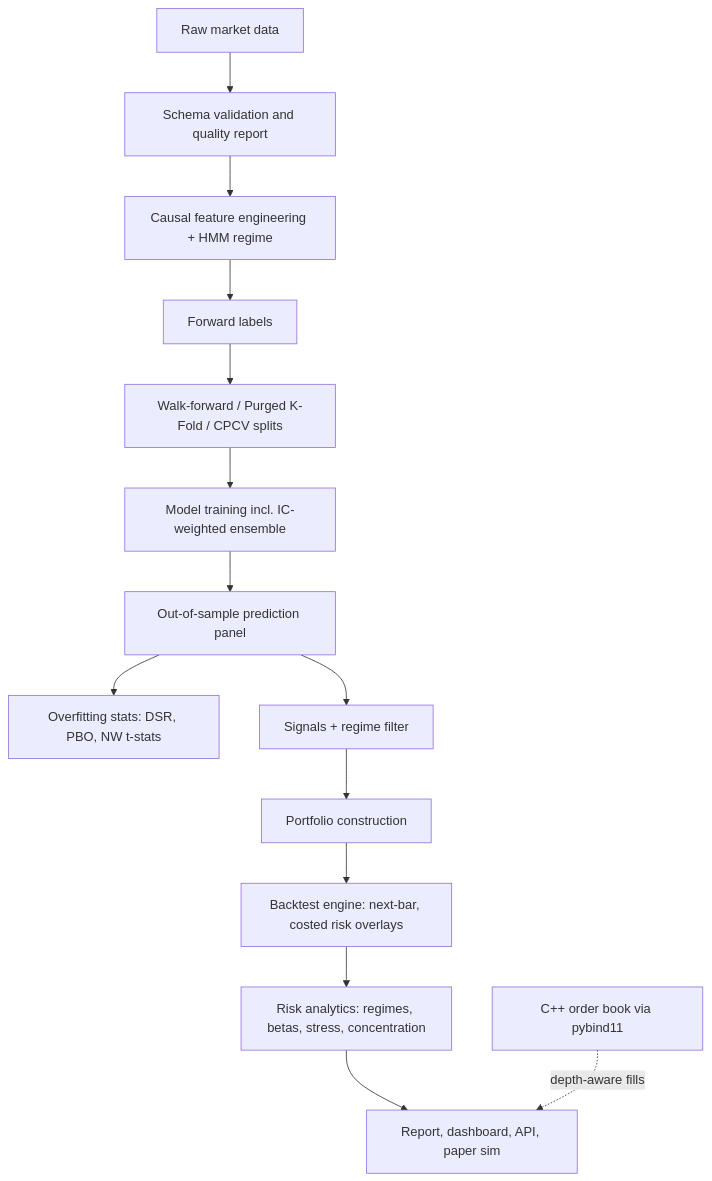
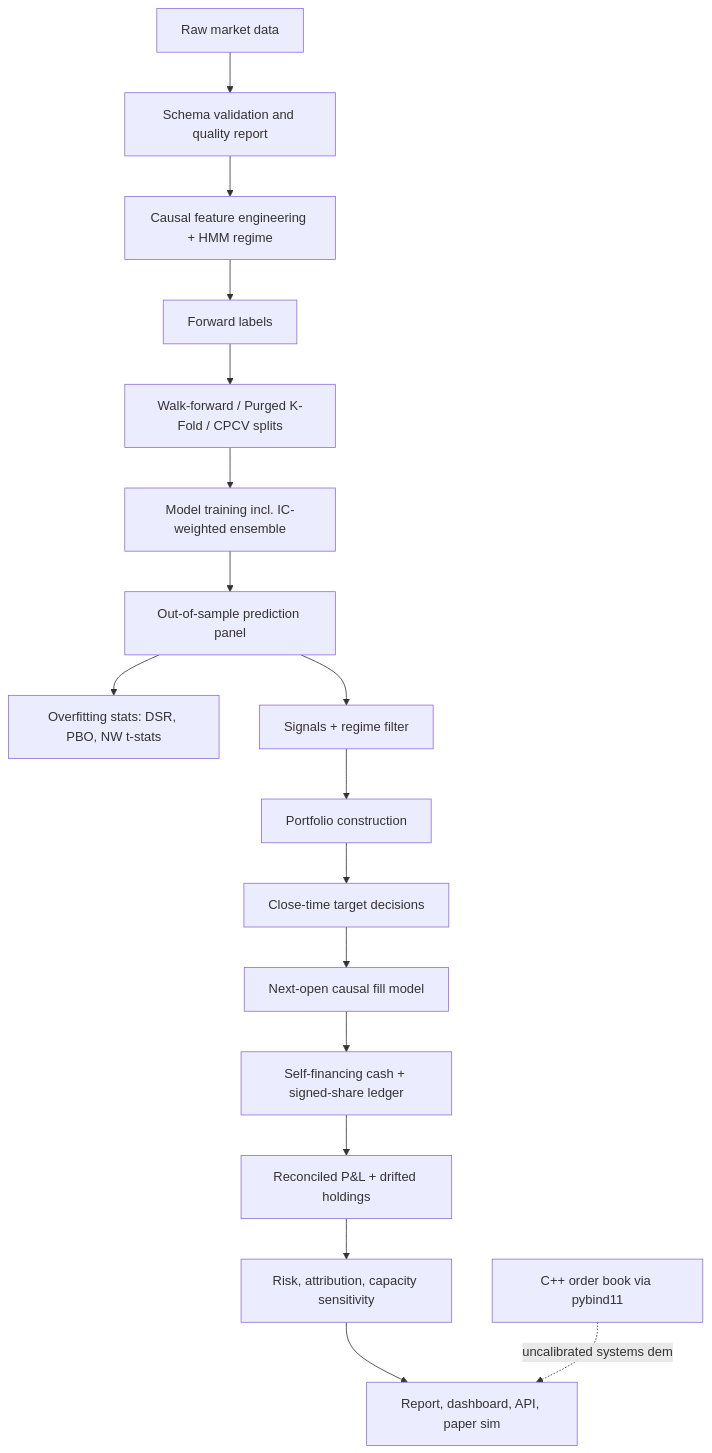
Before and after one commit to srgangaram-swe/AlphaForge: the diagram in docs/architecture.md, drawn with Mermaid. The commit also changed other lines of this file and 51 other files, not shown here.

First line of the commit message:
Build self-financing temporal backtest engine

````diff
--- a/docs/architecture.md
+++ b/docs/architecture.md
@@ -5,16 +5,19 @@
 ```mermaid
 flowchart TD
     raw[Raw market data] --> validate[Schema validation and quality report]
     validate --> features[Causal feature engineering + HMM regime]
     features --> labels[Forward labels]
     labels --> splits[Walk-forward / Purged K-Fold / CPCV splits]
     splits --> models[Model training incl. IC-weighted ensemble]
     models --> preds[Out-of-sample prediction panel]
     preds --> overfit[Overfitting stats: DSR, PBO, NW t-stats]
     preds --> signals[Signals + regime filter]
     signals --> portfolio[Portfolio construction]
-    portfolio --> backtest[Backtest engine: next-bar, costed risk overlays]
-    backtest --> risk[Risk analytics: regimes, betas, stress, concentration]
+    portfolio --> orders[Close-time target decisions]
+    orders --> execution[Next-open causal fill model]
+    execution --> ledger[Self-financing cash + signed-share ledger]
+    ledger --> backtest[Reconciled P&L + drifted holdings]
+    backtest --> risk[Risk, attribution, capacity sensitivity]
     risk --> outputs[Report, dashboard, API, paper sim]
-    native[C++ order book via pybind11] -.depth-aware fills.-> outputs
+    native[C++ order book via pybind11] -.uncalibrated systems demo.-> outputs
 ```
````
